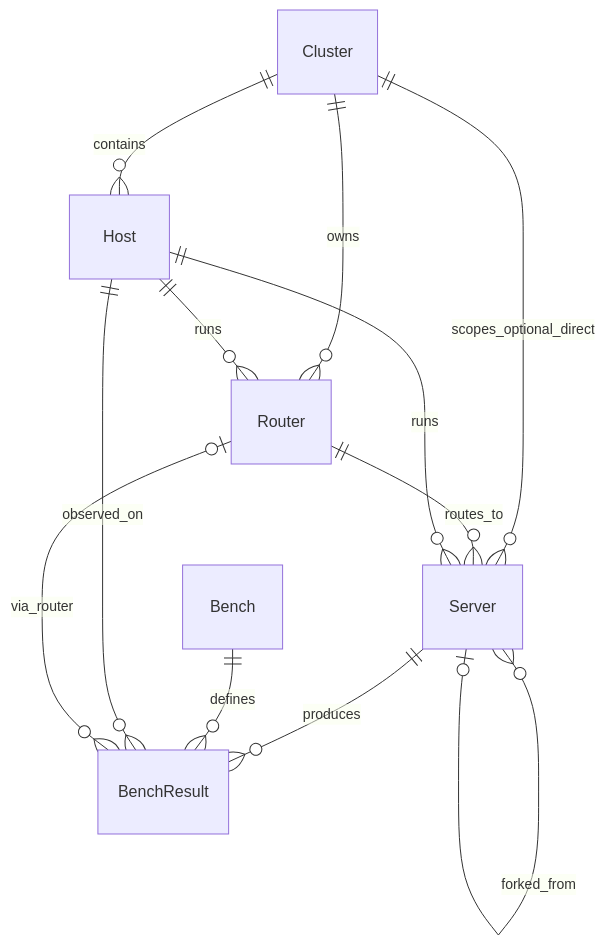
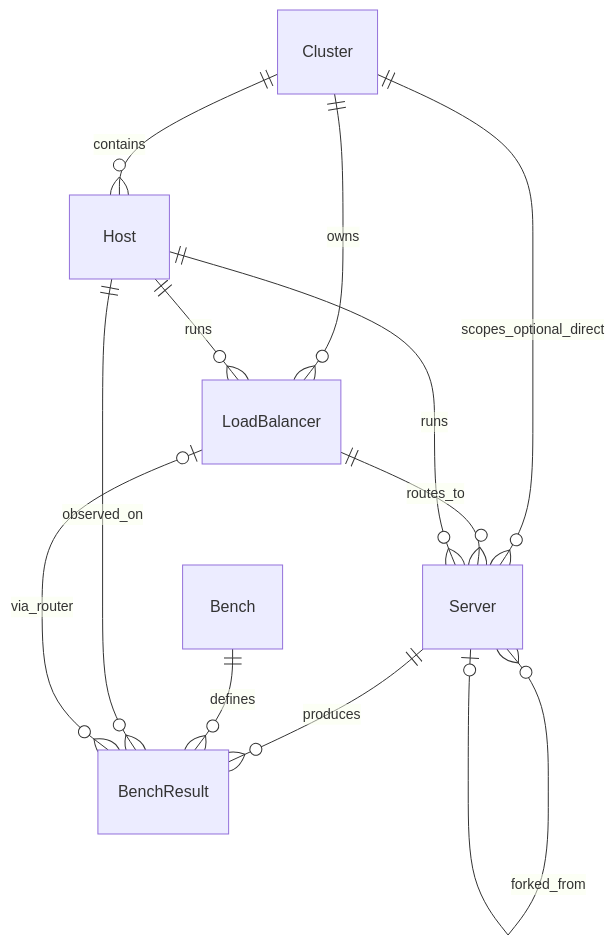
Before and after one commit to Ceng23333/InfiniOrchestrator: the first of 2 diagrams in docs/design/operations-panel.md, drawn with Mermaid. The commit also changed other lines of this file and 342 other files, not shown here.

````diff
--- a/docs/design/operations-panel.md
+++ b/docs/design/operations-panel.md
@@ -53,14 +53,14 @@
 ```mermaid
 erDiagram
   Cluster ||--o{ Host : contains
-  Cluster ||--o{ Router : owns
+  Cluster ||--o{ LoadBalancer : owns
   Cluster ||--o{ Server : scopes_optional_direct
-  Router ||--o{ Server : routes_to
-  Host ||--o{ Router : runs
+  LoadBalancer ||--o{ Server : routes_to
+  Host ||--o{ LoadBalancer : runs
   Host ||--o{ Server : runs
   Server ||--o{ BenchResult : produces
   Bench ||--o{ BenchResult : defines
   Server }o--o| Server : forked_from
   BenchResult }o--|| Host : observed_on
-  BenchResult }o--o| Router : via_router
+  BenchResult }o--o| LoadBalancer : via_router
 ```
````
